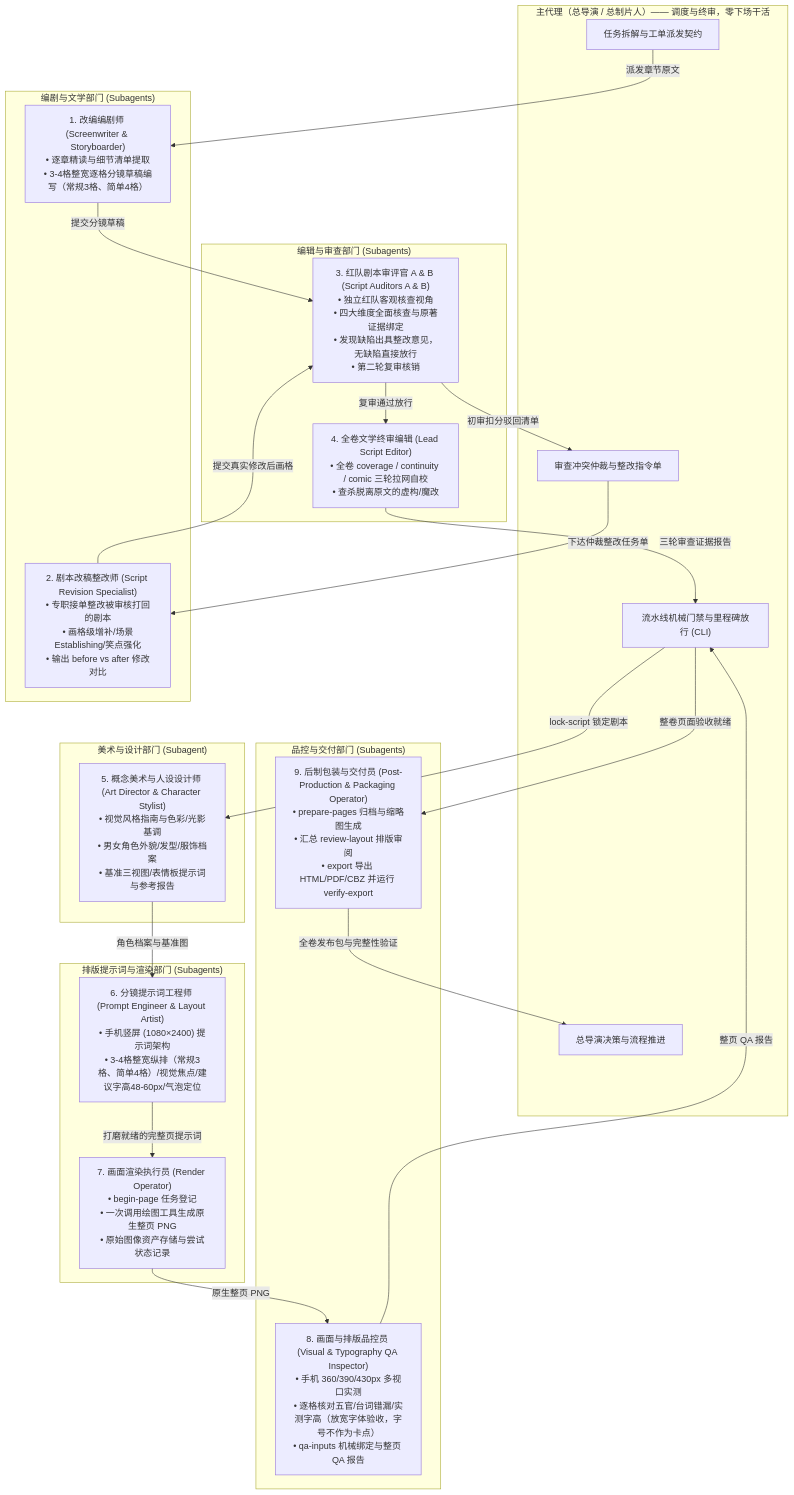
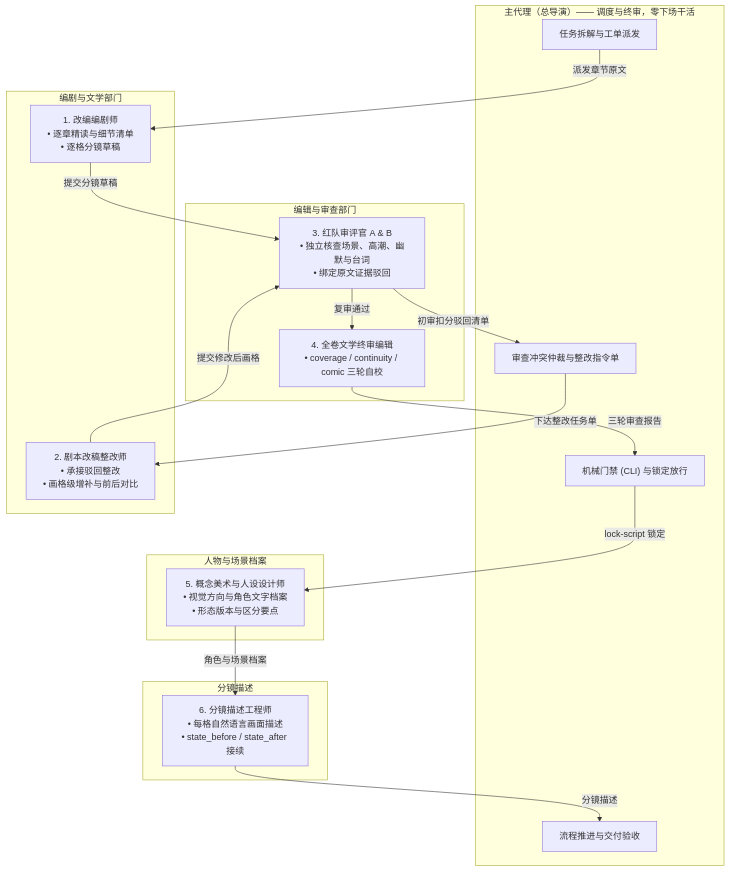
Before and after one commit to likecarrot/NovelParser: the diagram in references/parallel-work.md, drawn with Mermaid. The commit also changed other lines of this file and 48 other files, not shown here.

````diff
--- a/references/parallel-work.md
+++ b/references/parallel-work.md
@@ -31,48 +30,38 @@
 ```mermaid
 flowchart TD
-    subgraph LeadAgent["主代理（总导演 / 总制片人）—— 调度与终审，零下场干活"]
-        Director["总导演决策与流程推进"]
-        Scheduler["任务拆解与工单派发契约"]
+    subgraph LeadAgent["主代理（总导演）—— 调度与终审，零下场干活"]
+        Director["流程推进与交付验收"]
+        Scheduler["任务拆解与工单派发"]
         Arbiter["审查冲突仲裁与整改指令单"]
-        Gatekeeper["流水线机械门禁与里程碑放行 (CLI)"]
+        Gatekeeper["机械门禁 (CLI) 与锁定放行"]
     end
 
-    subgraph ScriptDept["编剧与文学部门 (Subagents)"]
-        Writer["1. 改编编剧师 (Screenwriter & Storyboarder)<br/>• 逐章精读与细节清单提取<br/>• 3-4格整宽逐格分镜草稿编写（常规3格、简单4格）"]
-        Reviser["2. 剧本改稿整改师 (Script Revision Specialist)<br/>• 专职接单整改被审核打回的剧本<br/>• 画格级增补/场景Establishing/笑点强化<br/>• 输出 before vs after 修改对比"]
+    subgraph ScriptDept["编剧与文学部门"]
+        Writer["1. 改编编剧师<br/>• 逐章精读与细节清单<br/>• 逐格分镜草稿"]
+        Reviser["2. 剧本改稿整改师<br/>• 承接驳回整改<br/>• 画格级增补与前后对比"]
     end
 
-    subgraph EditorialDept["编辑与审查部门 (Subagents)"]
-        AuditorAB["3. 红队剧本审评官 A & B (Script Auditors A & B)<br/>• 独立红队客观核查视角<br/>• 四大维度全面核查与原著证据绑定<br/>• 发现缺陷出具整改意见，无缺陷直接放行<br/>• 第二轮复审核销"]
-        ChiefEditor["4. 全卷文学终审编辑 (Lead Script Editor)<br/>• 全卷 coverage / continuity / comic 三轮拉网自校<br/>• 查杀脱离原文的虚构/魔改"]
+    subgraph EditorialDept["编辑与审查部门"]
+        AuditorAB["3. 红队审评官 A & B<br/>• 独立核查场景、高潮、幽默与台词<br/>• 绑定原文证据驳回"]
+        ChiefEditor["4. 全卷文学终审编辑<br/>• coverage / continuity / comic 三轮自校"]
     end
 
-    subgraph ArtDept["美术与设计部门 (Subagent)"]
-        ArtDir["5. 概念美术与人设设计师 (Art Director & Character Stylist)<br/>• 视觉风格指南与色彩/光影基调<br/>• 男女角色外貌/发型/服饰档案<br/>• 基准三视图/表情板提示词与参考报告"]
+    subgraph ArtDept["人物与场景档案"]
+        ArtDir["5. 概念美术与人设设计师<br/>• 视觉方向与角色文字档案<br/>• 形态版本与区分要点"]
     end
 
-    subgraph ProductionDept["排版提示词与渲染部门 (Subagents)"]
-        PromptEng["6. 分镜提示词工程师 (Prompt Engineer & Layout Artist)<br/>• 手机竖屏 (1080×2400) 提示词架构<br/>• 3-4格整宽纵排（常规3格、简单4格）/视觉焦点/建议字高48-60px/气泡定位"]
-        Renderer["7. 画面渲染执行员 (Render Operator)<br/>• begin-page 任务登记<br/>• 一次调用绘图工具生成原生整页 PNG<br/>• 原始图像资产存储与尝试状态记录"]
-    end
-
-    subgraph QADept["品控与交付部门 (Subagents)"]
-        Inspector["8. 画面与排版品控员 (Visual & Typography QA Inspector)<br/>• 手机 360/390/430px 多视口实测<br/>• 逐格核对五官/台词错漏/实测字高（放宽字体验收，字号不作为卡点）<br/>• qa-inputs 机械绑定与整页 QA 报告"]
-        Packager["9. 后制包装与交付员 (Post-Production & Packaging Operator)<br/>• prepare-pages 归档与缩略图生成<br/>• 汇总 review-layout 排版审阅<br/>• export 导出 HTML/PDF/CBZ 并运行 verify-export"]
+    subgraph DescDept["分镜描述"]
+        Describer["6. 分镜描述工程师<br/>• 每格自然语言画面描述<br/>• state_before / state_after 接续"]
     end
 
     Scheduler -->|派发章节原文| Writer
     Writer -->|提交分镜草稿| AuditorAB
     AuditorAB -->|初审扣分驳回清单| Arbiter
-    Arbiter -->|下达仲裁整改任务单| Reviser
-    Reviser -->|提交真实修改后画格| AuditorAB
-    AuditorAB -->|复审通过放行| ChiefEditor
-    ChiefEditor -->|三轮审查证据报告| Gatekeeper
-    Gatekeeper -->|lock-script 锁定剧本| ArtDir
-    ArtDir -->|角色档案与基准图| PromptEng
-    PromptEng -->|打磨就绪的完整页提示词| Renderer
-    Renderer -->|原生整页 PNG| Inspector
-    Inspector -->|整页 QA 报告| Gatekeeper
-    Gatekeeper -->|整卷页面验收就绪| Packager
-    Packager -->|全卷发布包与完整性验证| Director
+    Arbiter -->|下达整改任务单| Reviser
+    Reviser -->|提交修改后画格| AuditorAB
+    AuditorAB -->|复审通过| ChiefEditor
+    ChiefEditor -->|三轮审查报告| Gatekeeper
+    Gatekeeper -->|lock-script 锁定| ArtDir
+    ArtDir -->|角色与场景档案| Describer
+    Describer -->|分镜描述| Director
 ```
````
